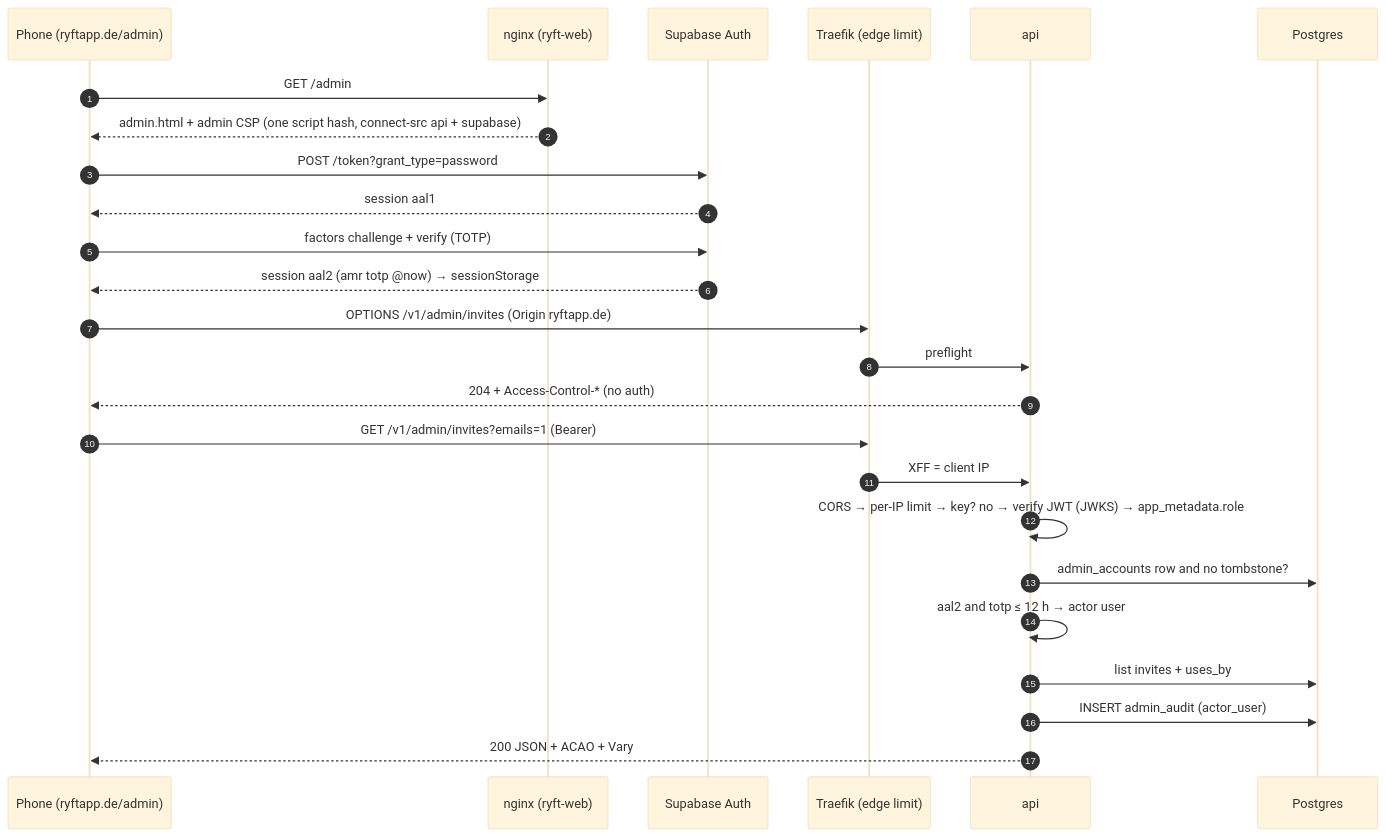
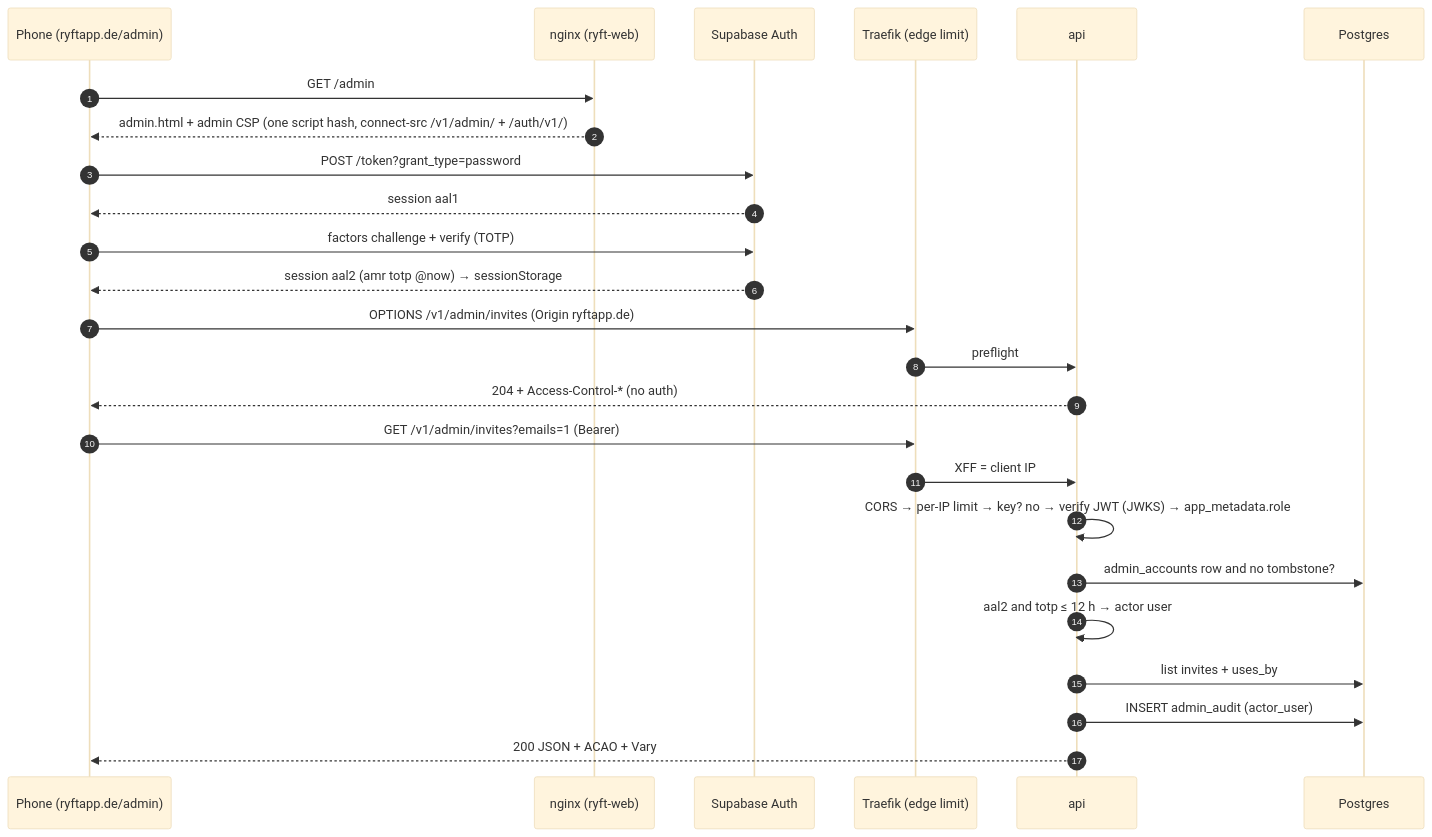
One commit to timkrebs/ryft-platform changed the first of 3 diagrams in docs/work/2026-11-05-admin-web/design.md. Above: the diagram before and after it, drawn with Mermaid (base theme). The commit also changed other lines of this file and 8 other files, not shown here.

First line of the commit message:
docs: admin web as built (API.md, design, OPERATIONS, SUPABASE, STATUS, D185) (#139)

````diff
--- a/docs/work/2026-11-05-admin-web/design.md
+++ b/docs/work/2026-11-05-admin-web/design.md
@@ -766,27 +831,27 @@
 ```mermaid
 sequenceDiagram
   autonumber
   participant P as Phone (ryftapp.de/admin)
   participant N as nginx (ryft-web)
   participant S as Supabase Auth
   participant T as Traefik (edge limit)
   participant A as api
   participant D as Postgres
   P->>N: GET /admin
-  N-->>P: admin.html + admin CSP (one script hash, connect-src api + supabase)
+  N-->>P: admin.html + admin CSP (one script hash, connect-src /v1/admin/ + /auth/v1/)
   P->>S: POST /token?grant_type=password
   S-->>P: session aal1
   P->>S: factors challenge + verify (TOTP)
   S-->>P: session aal2 (amr totp @now) → sessionStorage
   P->>T: OPTIONS /v1/admin/invites (Origin ryftapp.de)
   T->>A: preflight
   A-->>P: 204 + Access-Control-* (no auth)
   P->>T: GET /v1/admin/invites?emails=1 (Bearer)
   T->>A: XFF = client IP
   A->>A: CORS → per-IP limit → key? no → verify JWT (JWKS) → app_metadata.role
   A->>D: admin_accounts row and no tombstone?
   A->>A: aal2 and totp ≤ 12 h → actor user
   A->>D: list invites + uses_by
   A->>D: INSERT admin_audit (actor_user)
   A-->>P: 200 JSON + ACAO + Vary
 ```
````
